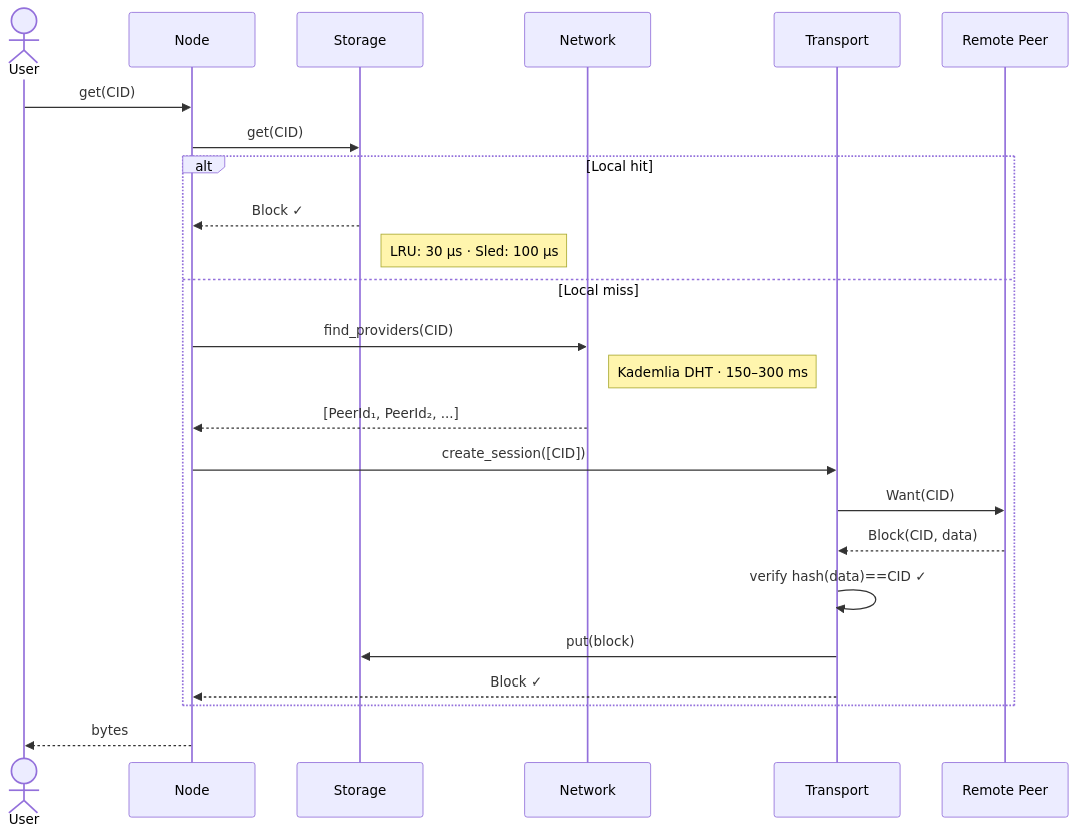
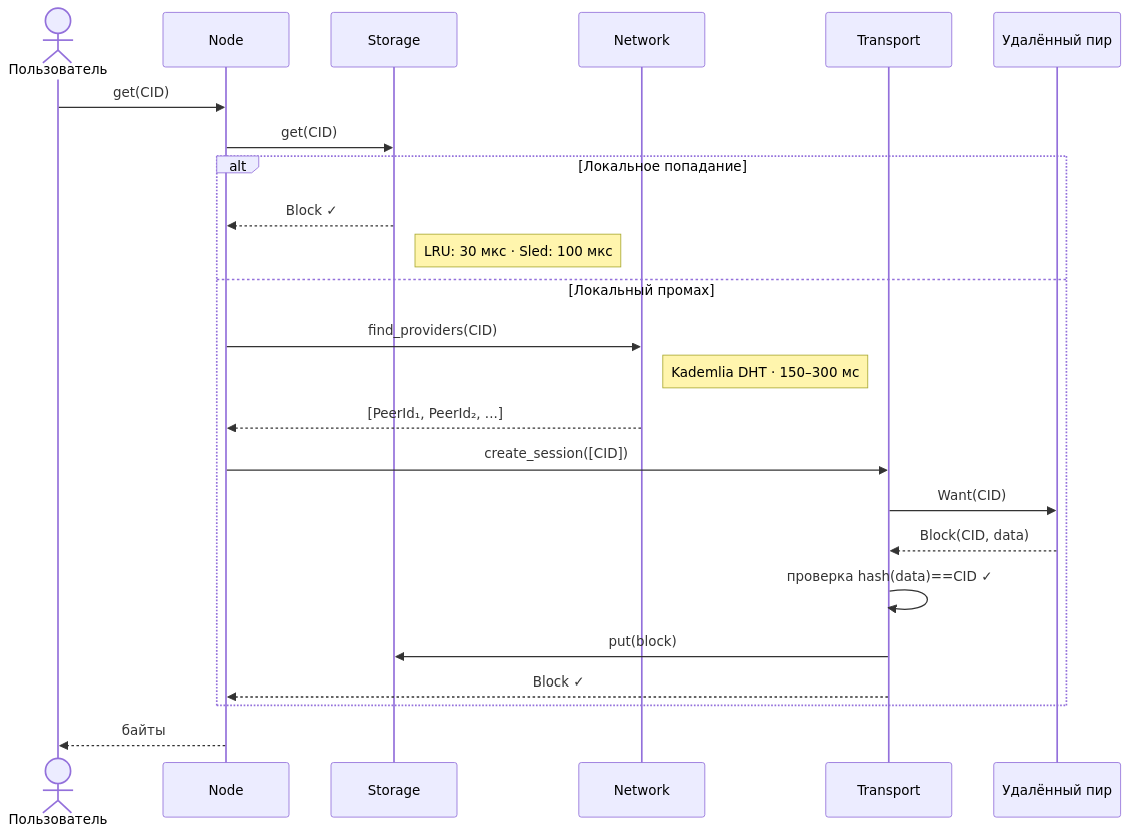
One commit to yunusovt983-art/ipfrs-ai changed the fourth of 8 diagrams in README.md. Above: the diagram before and after it, drawn with Mermaid. The commit also changed other lines of this file, not shown here.

First line of the commit message:
docs: Translate README to Russian + add architecture docs table

````diff
--- a/README.md
+++ b/README.md
@@ -103,27 +103,27 @@
 ```mermaid
 sequenceDiagram
-    actor User
+    actor User as Пользователь
     participant Node
     participant Storage
     participant Network
     participant Transport
-    participant Peer as Remote Peer
+    participant Peer as Удалённый пир
 
     User->>Node: get(CID)
     Node->>Storage: get(CID)
-    alt Local hit
+    alt Локальное попадание
         Storage-->>Node: Block ✓
-        Note right of Storage: LRU: 30 µs · Sled: 100 µs
-    else Local miss
+        Note right of Storage: LRU: 30 мкс · Sled: 100 мкс
+    else Локальный промах
         Node->>Network: find_providers(CID)
-        Note right of Network: Kademlia DHT · 150–300 ms
+        Note right of Network: Kademlia DHT · 150–300 мс
         Network-->>Node: [PeerId₁, PeerId₂, ...]
         Node->>Transport: create_session([CID])
         Transport->>Peer: Want(CID)
         Peer-->>Transport: Block(CID, data)
-        Transport->>Transport: verify hash(data)==CID ✓
+        Transport->>Transport: проверка hash(data)==CID ✓
         Transport->>Storage: put(block)
         Transport-->>Node: Block ✓
     end
-    Node-->>User: bytes
+    Node-->>User: байты
 ```
````
